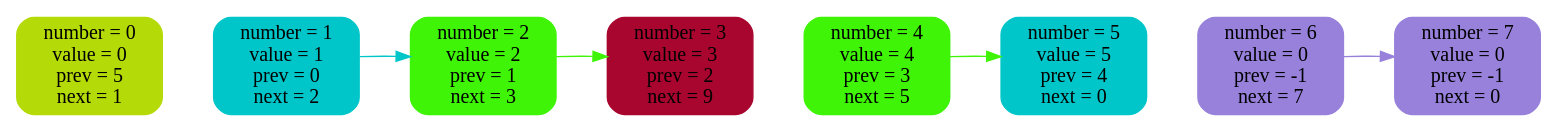
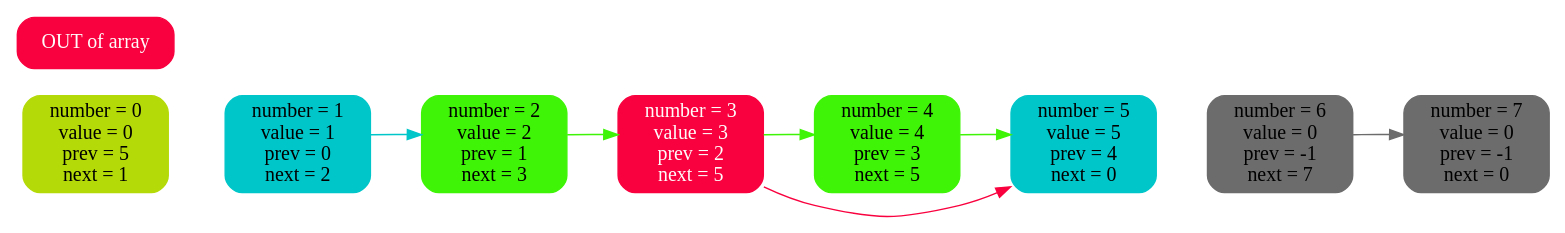
The diagram in list_log/img/6.dot (2210223t-lang/2-linked-list), drawn with Graphviz before and after one commit. The commit also changed 20 other files, not shown here.

```diff
--- a/list_log/img/6.dot
+++ b/list_log/img/6.dot
@@ -1,22 +1,25 @@
 digraph {
 rankdir = LR
 n0 [ label = "number = 0\nvalue = 0\nprev = 5\nnext = 1", shape = Mrecord, fontsize = 14,style = filled, color = "#b4da08" ]
 n1 [ label = "number = 1\nvalue = 1\nprev = 0\nnext = 2", shape = Mrecord, fontsize = 14,style = filled, color = "#00c6c9" ]
 n2 [ label = "number = 2\nvalue = 2\nprev = 1\nnext = 3", shape = Mrecord, fontsize = 14,style = filled, color = "#3ff407" ]
-n3 [ label = "number = 3\nvalue = 3\nprev = 2\nnext = 9", shape = Mrecord, fontsize = 14,style = filled, color = "#a9062f" ]
+n3 [ label = "number = 3\nvalue = 3\nprev = 2\nnext = 5", shape = Mrecord, fontsize = 14,style = filled, color = "#f9003e", fontcolor = "#fffbfb" ]
 n4 [ label = "number = 4\nvalue = 4\nprev = 3\nnext = 5", shape = Mrecord, fontsize = 14,style = filled, color = "#3ff407" ]
 n5 [ label = "number = 5\nvalue = 5\nprev = 4\nnext = 0", shape = Mrecord, fontsize = 14,style = filled, color = "#00c6c9" ]
-n6 [ label = "number = 6\nvalue = 0\nprev = -1\nnext = 7", shape = Mrecord, fontsize = 14,style = filled, color = "#9781db" ]
-n7 [ label = "number = 7\nvalue = 0\nprev = -1\nnext = 0", shape = Mrecord, fontsize = 14,style = filled, color = "#9781db" ]
-n0 -> n1 [ style = invis, weight = 100 ]
-n1 -> n2 [ style = invis, weight = 100 ]
-n2 -> n3 [ style = invis, weight = 100 ]
-n3 -> n4 [ style = invis, weight = 100 ]
-n4 -> n5 [ style = invis, weight = 100 ]
-n5 -> n6 [ style = invis, weight = 100 ]
-n6 -> n7 [ style = invis, weight = 100 ]
-n1 -> n2 [style = filled, color = "#00c6c9" ]
-n2 -> n3 [style = filled, color = "#3ff407" ]
-n4 -> n5 [style = filled, color = "#3ff407" ]
-n6 -> n7 [style = filled, color = "#9781db" ]
+n6 [ label = "number = 6\nvalue = 0\nprev = -1\nnext = 7", shape = Mrecord, fontsize = 14,style = filled, color = "#6c6c6c" ]
+n7 [ label = "number = 7\nvalue = 0\nprev = -1\nnext = 0", shape = Mrecord, fontsize = 14,style = filled, color = "#6c6c6c" ]
+out [ label = "OUT of array", shape = Mrecord, fontsize = 14, style = filled, color = "#f9003e", fontcolor = "#fffbfb" ]
+ n0 -> n1 [ style = invis, weight = 10000 ]
+n1 -> n2 [ style = invis, weight = 10000 ]
+n2 -> n3 [ style = invis, weight = 10000 ]
+n3 -> n4 [ style = invis, weight = 10000 ]
+n4 -> n5 [ style = invis, weight = 10000 ]
+n5 -> n6 [ style = invis, weight = 10000 ]
+n6 -> n7 [ style = invis, weight = 10000 ]
+n1 -> n2 [ style = filled, color = "#00c6c9" ]
+n2 -> n3 [ style = filled, color = "#3ff407" ]
+n3 -> n5 [ color = "#f9003e" ]
+n3 -> n4 [ color = "#3ff407" ]
+n4 -> n5 [ style = filled, color = "#3ff407" ]
+n6 -> n7 [ style = filled, color = "#6c6c6c" ]
 }
```
